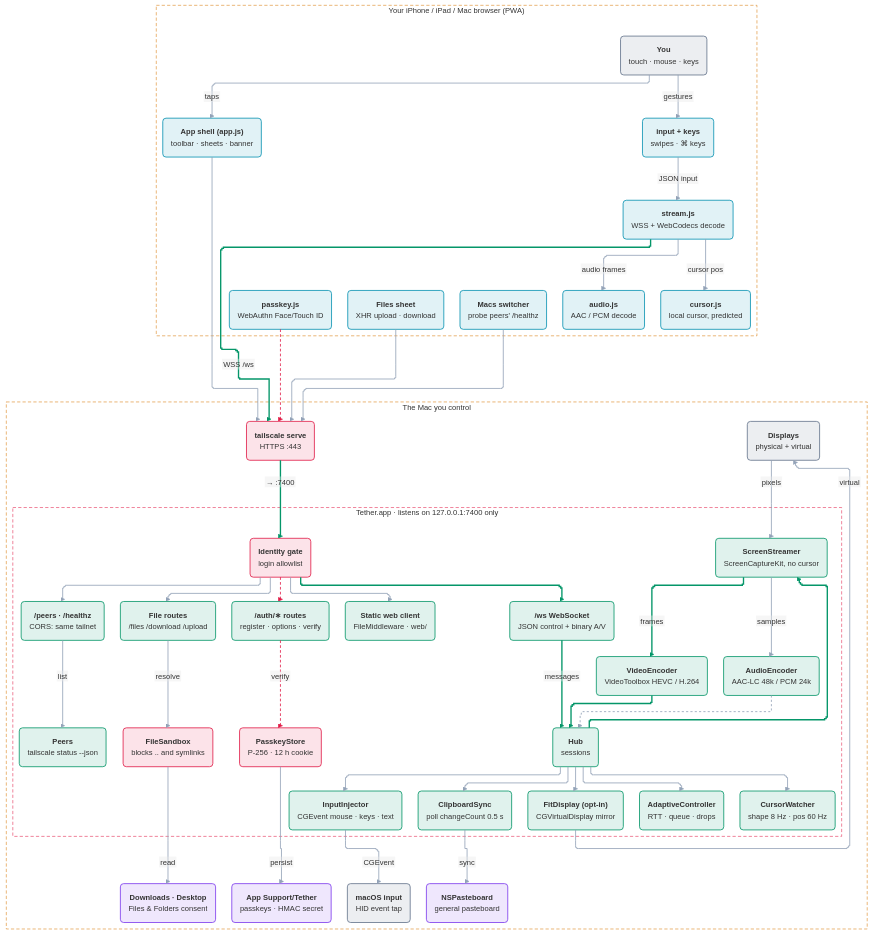
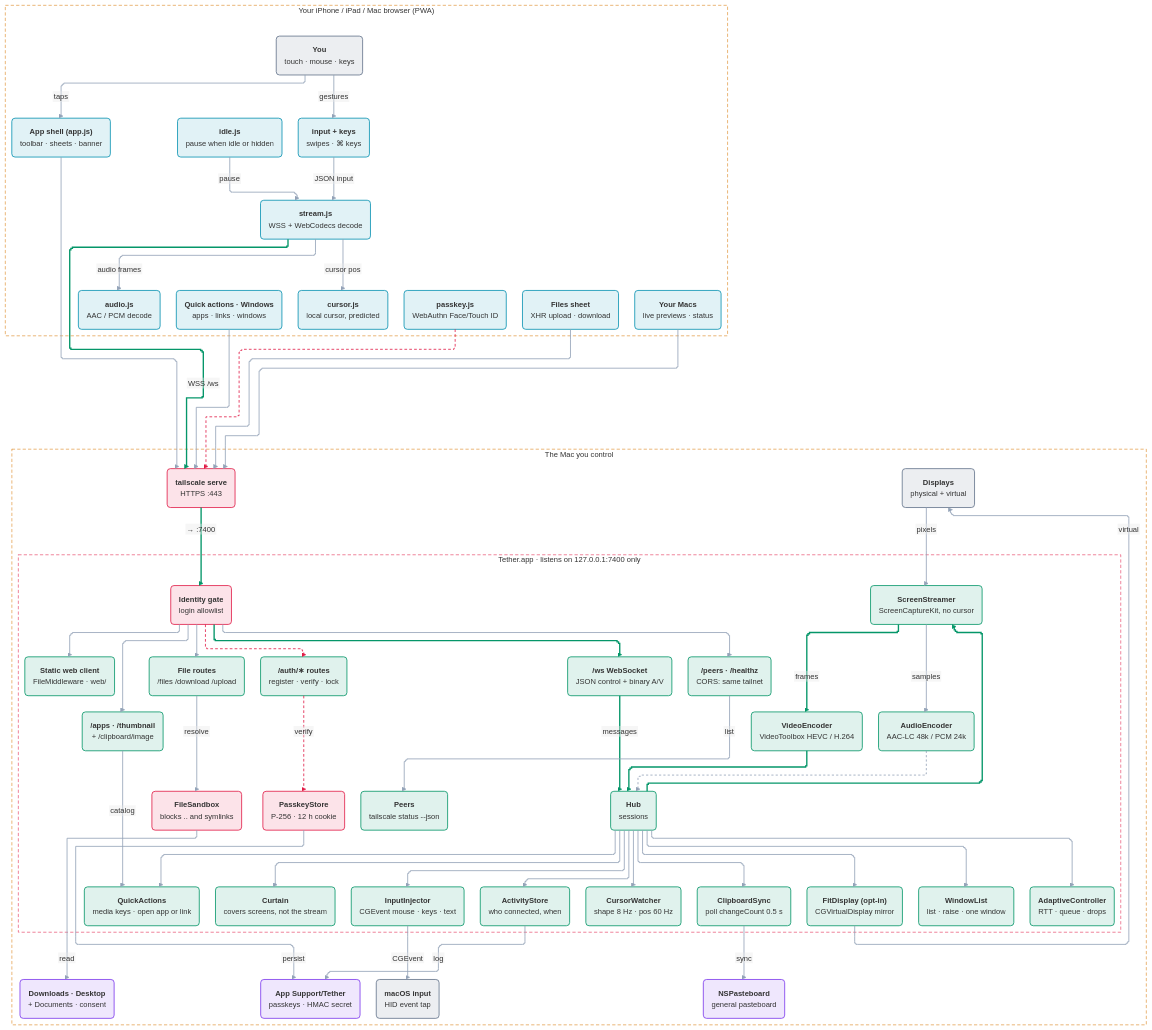
The diagram in docs/diagrams/mermaid/architecture-elk.mmd (jordanromines-jpg/tether), drawn with Mermaid before and after one commit. The commit also changed 7 other files, not shown here.

First line of the commit message:
README phone screenshot, architecture diagram for v4, live update-check snapshot

```diff
--- a/docs/diagrams/mermaid/architecture-elk.mmd
+++ b/docs/diagrams/mermaid/architecture-elk.mmd
@@ -1,157 +1,189 @@
 %%{init: {"layout": "elk", "elk": {"nodePlacementStrategy": "BRANDES_KOEPF", "mergeEdges": false}, "flowchart": {"curve": "stepBefore", "htmlLabels": false}, "themeVariables": {"fontSize": "14px"}}}%%
 flowchart TB
   subgraph DEVICE["Your iPhone / iPad / Mac browser (PWA)"]
     you("`**You**
 touch · mouse · keys`"):::external
     input("`**input + keys**
 swipes · ⌘ keys`"):::frontend
     audioc("`**audio.js**
 AAC / PCM decode`"):::frontend
     ui("`**App shell (app.js)**
 toolbar · sheets · banner`"):::frontend
     passkeyc("`**passkey.js**
 WebAuthn Face/Touch ID`"):::frontend
     stream("`**stream.js**
 WSS + WebCodecs decode`"):::frontend
     cursorc("`**cursor.js**
 local cursor, predicted`"):::frontend
     filesui("`**Files sheet**
 XHR upload · download`"):::frontend
-    macs("`**Macs switcher**
-probe peers' /healthz`"):::frontend
+    macs("`**Your Macs**
+live previews · status`"):::frontend
+    idle("`**idle.js**
+pause when idle or hidden`"):::frontend
+    actionsui("`**Quick actions · Windows**
+apps · links · windows`"):::frontend
   end
   subgraph MAC["The Mac you control"]
     serve("`**tailscale serve**
 HTTPS :443`"):::security
     appsupport("`**App Support/Tether**
 passkeys · HMAC secret`"):::database
     folders("`**Downloads · Desktop**
-Files & Folders consent`"):::database
++ Documents · consent`"):::database
     displays("`**Displays**
 physical + virtual`"):::external
     hid("`**macOS input**
 HID event tap`"):::external
     pasteboard("`**NSPasteboard**
 general pasteboard`"):::database
     subgraph APP["Tether.app · listens on 127.0.0.1:7400 only"]
       gate("`**Identity gate**
 login allowlist`"):::security
       static("`**Static web client**
 FileMiddleware · web/`"):::backend
       auth("`**/auth/∗ routes**
-register · options · verify`"):::backend
+register · verify · lock`"):::backend
       ws("`**/ws WebSocket**
 JSON control + binary A/V`"):::backend
       files("`**File routes**
 /files /download /upload`"):::backend
       peers("`**/peers · /healthz**
 CORS: same tailnet`"):::backend
       pstore("`**PasskeyStore**
 P-256 · 12 h cookie`"):::security
       sandbox("`**FileSandbox**
 blocks .. and symlinks`"):::security
       peersnode("`**Peers**
 tailscale status --json`"):::backend
       hub("`**Hub**
 sessions`"):::backend
       fit("`**FitDisplay (opt-in)**
 CGVirtualDisplay mirror`"):::backend
       audioenc("`**AudioEncoder**
 AAC-LC 48k / PCM 24k`"):::backend
       streamer("`**ScreenStreamer**
 ScreenCaptureKit, no cursor`"):::backend
       encoder("`**VideoEncoder**
 VideoToolbox HEVC / H.264`"):::backend
       adaptive("`**AdaptiveController**
 RTT · queue · drops`"):::backend
       inputinj("`**InputInjector**
 CGEvent mouse · keys · text`"):::backend
       clip("`**ClipboardSync**
 poll changeCount 0.5 s`"):::backend
       cursorw("`**CursorWatcher**
 shape 8 Hz · pos 60 Hz`"):::backend
+      apps("`**/apps · /thumbnail**
++ /clipboard/image`"):::backend
+      quick("`**QuickActions**
+media keys · open app or link`"):::backend
+      curtain("`**Curtain**
+covers screens, not the stream`"):::backend
+      windows("`**WindowList**
+list · raise · one window`"):::backend
+      activity("`**ActivityStore**
+who connected, when`"):::backend
     end
   end
   you -->|"taps"| ui
   you -->|"gestures"| input
   input -->|"JSON input"| stream
   stream -->|"cursor pos"| cursorc
   stream -->|"audio frames"| audioc
   ui --> serve
   passkeyc -.-> serve
   stream ==>|"WSS /ws"| serve
   filesui --> serve
   macs --> serve
   serve ==>|"→ :7400"| gate
   gate --> static
   gate -.-> auth
   gate ==> ws
   gate --> files
   gate --> peers
   auth -.->|"verify"| pstore
   pstore -->|"persist"| appsupport
   ws ==>|"messages"| hub
   files -->|"resolve"| sandbox
   sandbox -->|"read"| folders
   peers -->|"list"| peersnode
   hub --> fit
   streamer -->|"samples"| audioenc
   audioenc -.-> hub
   hub ==> streamer
   streamer ==>|"frames"| encoder
   encoder ==> hub
   hub --> adaptive
   hub --> inputinj
   hub --> clip
   hub --> cursorw
   fit -->|"virtual"| displays
   displays -->|"pixels"| streamer
   inputinj -->|"CGEvent"| hid
   clip -->|"sync"| pasteboard
+  idle -->|"pause"| stream
+  actionsui --> serve
+  gate --> apps
+  apps -->|"catalog"| quick
+  hub --> curtain
+  hub --> quick
+  hub --> windows
+  hub --> activity
+  activity -->|"log"| appsupport
   linkStyle 0 stroke:#94a3b8,stroke-width:1.5px
   linkStyle 1 stroke:#94a3b8,stroke-width:1.5px
   linkStyle 2 stroke:#94a3b8,stroke-width:1.5px
   linkStyle 3 stroke:#94a3b8,stroke-width:1.5px
   linkStyle 4 stroke:#94a3b8,stroke-width:1.5px
   linkStyle 5 stroke:#94a3b8,stroke-width:1.5px
   linkStyle 6 stroke:#e11d48,stroke-width:1.5px,stroke-dasharray:5 4
   linkStyle 7 stroke:#059669,stroke-width:2.5px
   linkStyle 8 stroke:#94a3b8,stroke-width:1.5px
   linkStyle 9 stroke:#94a3b8,stroke-width:1.5px
   linkStyle 10 stroke:#059669,stroke-width:2.5px
   linkStyle 11 stroke:#94a3b8,stroke-width:1.5px
   linkStyle 12 stroke:#e11d48,stroke-width:1.5px,stroke-dasharray:5 4
   linkStyle 13 stroke:#059669,stroke-width:2.5px
   linkStyle 14 stroke:#94a3b8,stroke-width:1.5px
   linkStyle 15 stroke:#94a3b8,stroke-width:1.5px
   linkStyle 16 stroke:#e11d48,stroke-width:1.5px,stroke-dasharray:5 4
   linkStyle 17 stroke:#94a3b8,stroke-width:1.5px
   linkStyle 18 stroke:#059669,stroke-width:2.5px
   linkStyle 19 stroke:#94a3b8,stroke-width:1.5px
   linkStyle 20 stroke:#94a3b8,stroke-width:1.5px
   linkStyle 21 stroke:#94a3b8,stroke-width:1.5px
   linkStyle 22 stroke:#94a3b8,stroke-width:1.5px
   linkStyle 23 stroke:#94a3b8,stroke-width:1.5px
   linkStyle 24 stroke:#94a3b8,stroke-width:1.5px,stroke-dasharray:4 4
   linkStyle 25 stroke:#059669,stroke-width:2.5px
   linkStyle 26 stroke:#059669,stroke-width:2.5px
   linkStyle 27 stroke:#059669,stroke-width:2.5px
   linkStyle 28 stroke:#94a3b8,stroke-width:1.5px
   linkStyle 29 stroke:#94a3b8,stroke-width:1.5px
   linkStyle 30 stroke:#94a3b8,stroke-width:1.5px
   linkStyle 31 stroke:#94a3b8,stroke-width:1.5px
   linkStyle 32 stroke:#94a3b8,stroke-width:1.5px
   linkStyle 33 stroke:#94a3b8,stroke-width:1.5px
   linkStyle 34 stroke:#94a3b8,stroke-width:1.5px
   linkStyle 35 stroke:#94a3b8,stroke-width:1.5px
+  linkStyle 36 stroke:#94a3b8,stroke-width:1.5px
+  linkStyle 37 stroke:#94a3b8,stroke-width:1.5px
+  linkStyle 38 stroke:#94a3b8,stroke-width:1.5px
+  linkStyle 39 stroke:#94a3b8,stroke-width:1.5px
+  linkStyle 40 stroke:#94a3b8,stroke-width:1.5px
+  linkStyle 41 stroke:#94a3b8,stroke-width:1.5px
+  linkStyle 42 stroke:#94a3b8,stroke-width:1.5px
+  linkStyle 43 stroke:#94a3b8,stroke-width:1.5px
+  linkStyle 44 stroke:#94a3b8,stroke-width:1.5px
   classDef frontend fill:#0891b21f,stroke:#0891b2,stroke-width:1.5px,rx:6,ry:6
   classDef backend fill:#0596691f,stroke:#059669,stroke-width:1.5px,rx:6,ry:6
   classDef security fill:#e11d481f,stroke:#e11d48,stroke-width:1.5px,rx:6,ry:6
   classDef database fill:#7c3aed1f,stroke:#7c3aed,stroke-width:1.5px,rx:6,ry:6
   classDef external fill:#64748b1f,stroke:#64748b,stroke-width:1.5px,rx:6,ry:6
   classDef cloud fill:#d977061f,stroke:#d97706,stroke-width:1.5px,rx:6,ry:6
   classDef messagebus fill:#d977061f,stroke:#d97706,stroke-width:1.5px,rx:6,ry:6
   classDef region fill:transparent,stroke:#d97706,stroke-width:1px,stroke-dasharray:6 4
   classDef guard fill:transparent,stroke:#e11d48,stroke-width:1px,stroke-dasharray:6 4
   class DEVICE,MAC region
   class APP guard
```
